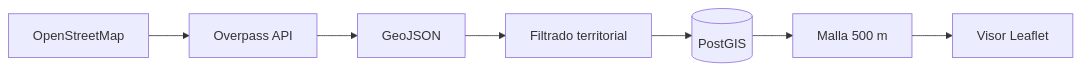
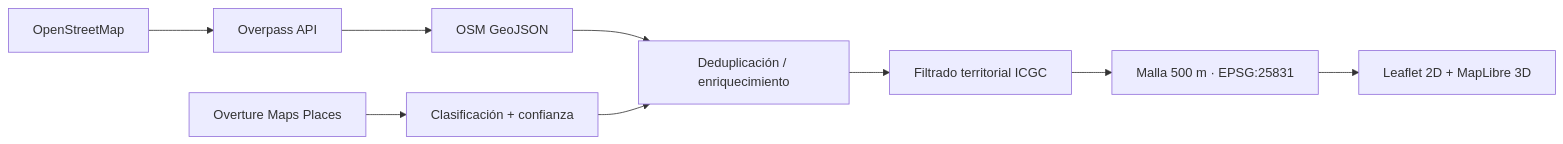
Before and after one commit to truquinio/sig-castelldefels: the diagram in README.md, drawn with Mermaid. The commit also changed other lines of this file and 23 other files, not shown here.

```diff
--- a/README.md
+++ b/README.md
@@ -26,9 +26,11 @@
 ~~~mermaid
 flowchart LR
     O["OpenStreetMap"] --> A["Overpass API"]
-    A --> G["GeoJSON"]
-    G --> F["Filtrado territorial"]
-    F --> P[("PostGIS")]
-    P --> M["Malla 500 m"]
-    M --> L["Visor Leaflet"]
+    V["Overture Maps Places"] --> C["Clasificación + confianza"]
+    A --> G["OSM GeoJSON"]
+    G --> D["Deduplicación / enriquecimiento"]
+    C --> D
+    D --> F["Filtrado territorial ICGC"]
+    F --> M["Malla 500 m · EPSG:25831"]
+    M --> L["Leaflet 2D + MapLibre 3D"]
 ~~~
```
